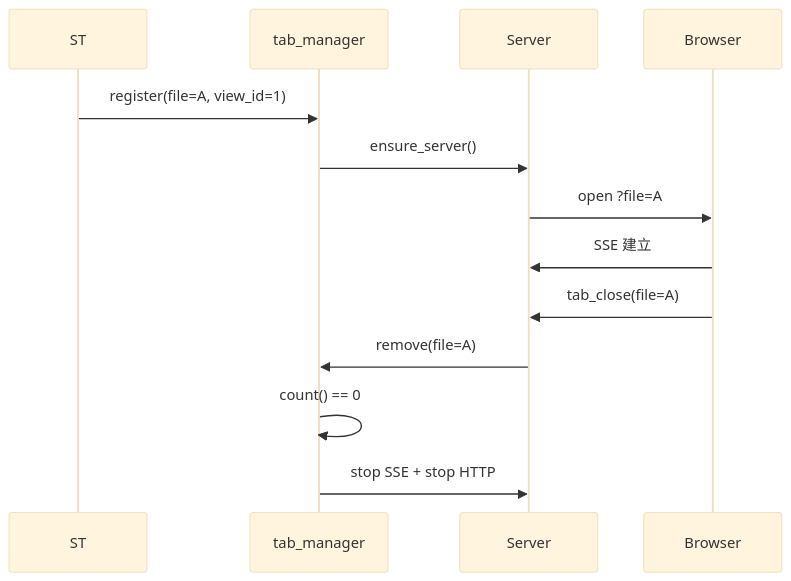
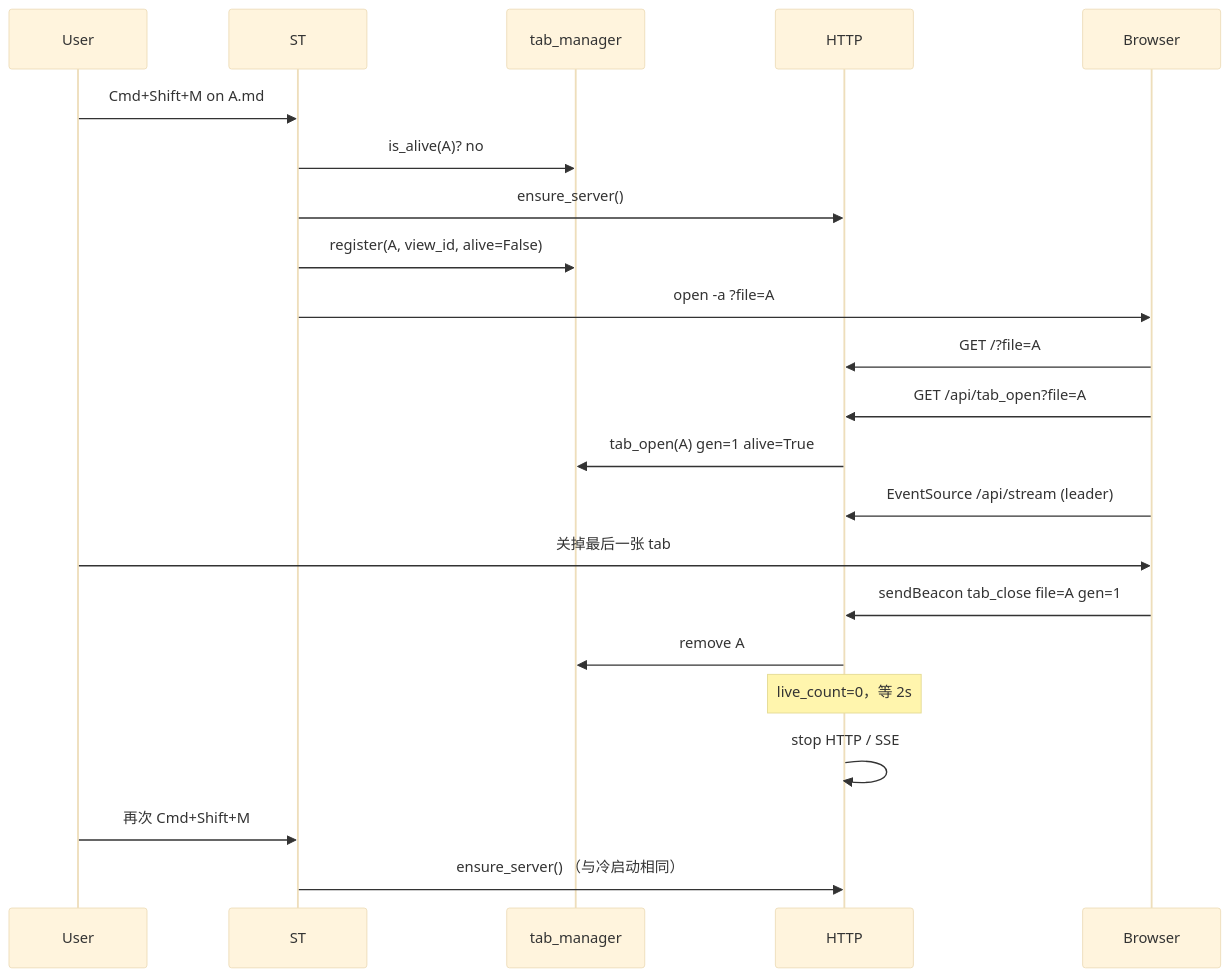
The third of 5 diagrams in docs/file-tabs-manage.md (CaffeineOddity/MarkdownPreviewEnhanced), drawn with Mermaid (base theme) before and after one commit. The commit also changed other lines of this file and 12 other files, not shown here.

First line of the commit message:
feat(preview): bind SSE/HTTP lifecycle to a 1:1:1 file-view-tab registry

````diff
--- a/docs/file-tabs-manage.md
+++ b/docs/file-tabs-manage.md
@@ -74,17 +200,27 @@
 ```mermaid
 sequenceDiagram
+  participant User
   participant ST
-  participant tab_manager
-  participant Server
-  participant Browser
+  participant Reg as tab_manager
+  participant Srv as HTTP
+  participant Br as Browser
 
-  ST->>tab_manager: register(file=A, view_id=1)
-  tab_manager->>Server: ensure_server()
-  Server->>Browser: open ?file=A
-  Browser->>Server: SSE 建立
+  User->>ST: Cmd+Shift+M on A.md
+  ST->>Reg: is_alive(A)? no
+  ST->>Srv: ensure_server()
+  ST->>Reg: register(A, view_id, alive=False)
+  ST->>Br: open -a ?file=A
+  Br->>Srv: GET /?file=A
+  Br->>Srv: GET /api/tab_open?file=A
+  Srv->>Reg: tab_open(A) gen=1 alive=True
+  Br->>Srv: EventSource /api/stream  (leader)
 
-  Browser->>Server: tab_close(file=A)
-  Server->>tab_manager: remove(file=A)
-  tab_manager->>tab_manager: count() == 0
-  tab_manager->>Server: stop SSE + stop HTTP
+  User->>Br: 关掉最后一张 tab
+  Br->>Srv: sendBeacon tab_close file=A gen=1
+  Srv->>Reg: remove A
+  Note over Srv: live_count=0，等 2s
+  Srv->>Srv: stop HTTP / SSE
+
+  User->>ST: 再次 Cmd+Shift+M
+  ST->>Srv: ensure_server()  （与冷启动相同）
 ```
````
